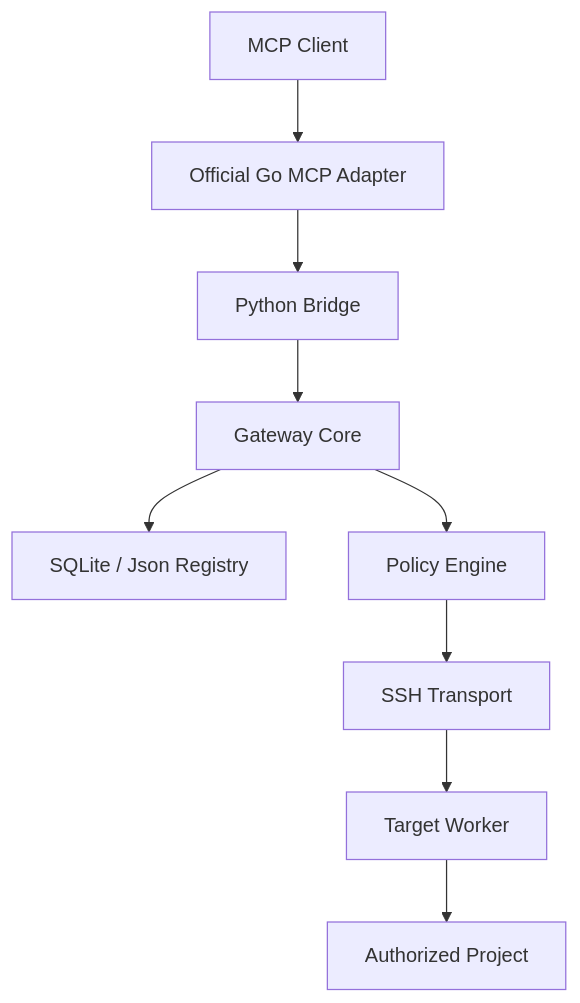
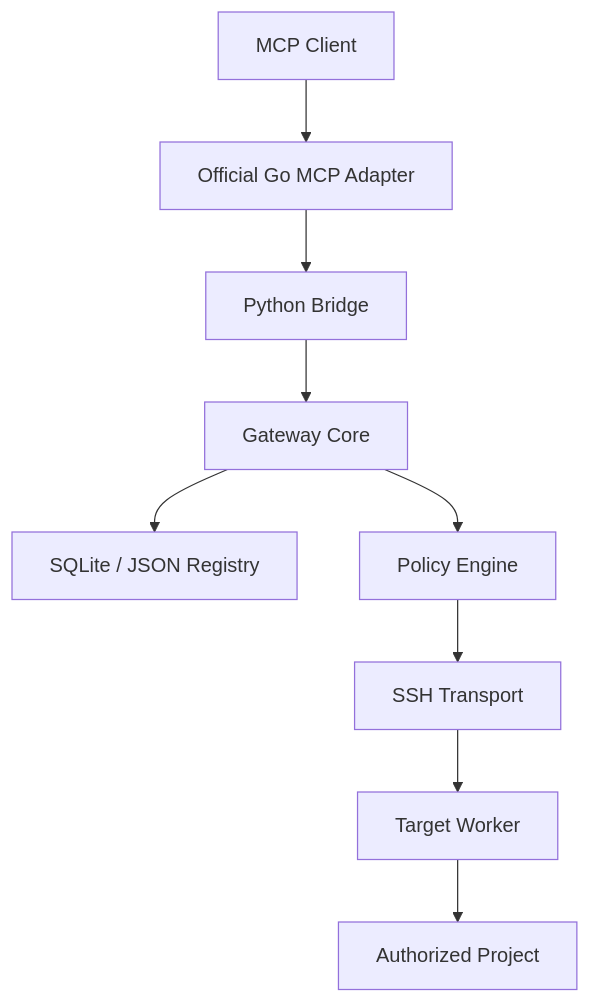
One commit to yorologo/Local-miniMCP changed the fourth of 12 diagrams in README.md. Above: the diagram before and after it, drawn with Mermaid. The commit also changed other lines of this file and 8 other files, not shown here.

````diff
--- a/README.md
+++ b/README.md
@@ -263,11 +267,11 @@
 ```mermaid
 flowchart TD
     CLIENT[MCP Client] --> GO[Official Go MCP Adapter]
     GO --> BRIDGE[Python Bridge]
     BRIDGE --> CORE[Gateway Core]
-    CORE --> REG[SQLite / Json Registry]
+    CORE --> REG[SQLite / JSON Registry]
     CORE --> POLICY[Policy Engine]
     POLICY --> TRANSPORT[SSH Transport]
     TRANSPORT --> TARGET[Target Worker]
     TARGET --> PROJECT[Authorized Project]
 ```
````
